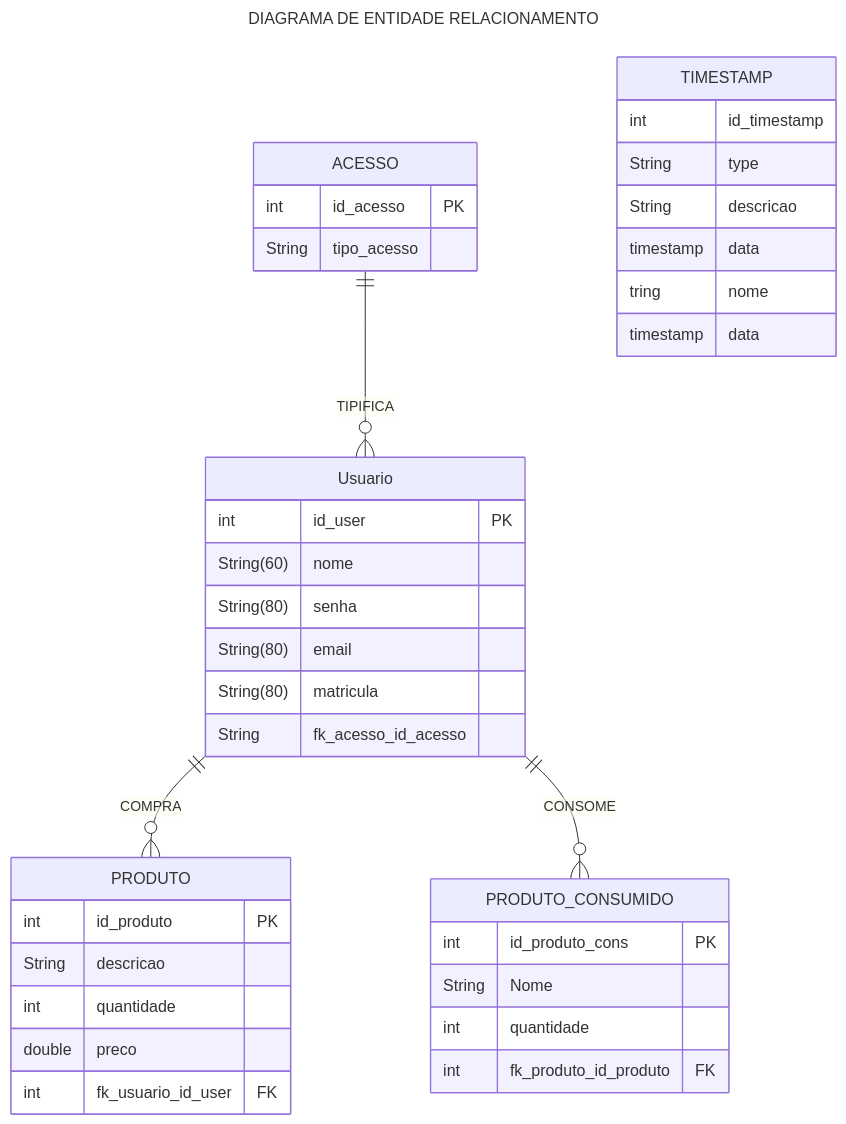
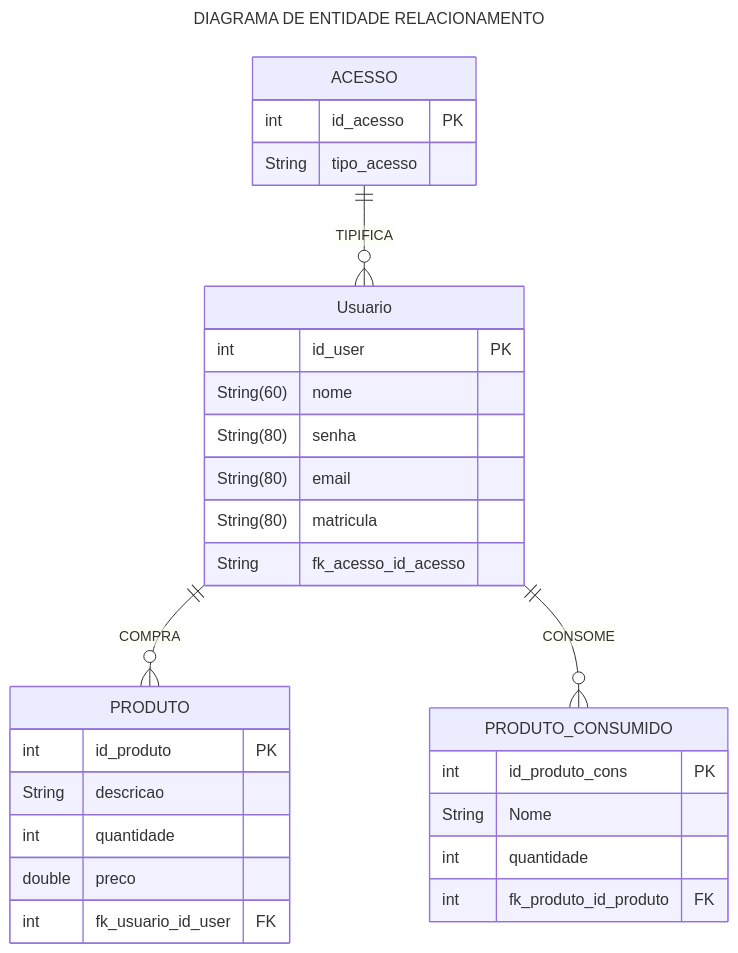
One commit to Korzre/npi-split changed the diagram in docs/Entity-relationship-diagrams.md. Above: the diagram before and after it, drawn with Mermaid.

Commit message:
Entidade relacionemento (tirar a tabela timestamp)

````diff
--- a/docs/Entity-relationship-diagrams.md
+++ b/docs/Entity-relationship-diagrams.md
@@ -2,53 +2,44 @@
 ```mermaid
 ---
 title: DIAGRAMA DE ENTIDADE RELACIONAMENTO
 ---
 erDiagram
 
  ACESSO ||--o{ Usuario: TIPIFICA
 
 ACESSO{
    int id_acesso PK
    String tipo_acesso
 }
  
  Usuario ||--o{ PRODUTO : COMPRA 
  Usuario{
    int id_user PK
    String(60) nome
    String(80) senha
    String(80) email
    String(80) matricula  
    String fk_acesso_id_acesso  
  }
 
   Usuario ||--o{ PRODUTO_CONSUMIDO : CONSOME
 
   PRODUTO{
    int id_produto PK
    String descricao
    int quantidade
    double preco
    int fk_usuario_id_user FK
   }
 
   PRODUTO_CONSUMIDO{
    int id_produto_cons PK  
    String Nome
    int quantidade
    int fk_produto_id_produto FK
   }
 
-  TIMESTAMP{
-    int id_timestamp 
-    String type
-    String descricao
-    timestamp data
-    tring nome
-    timestamp data
-    
-  }
   
 
 
 ```
````
